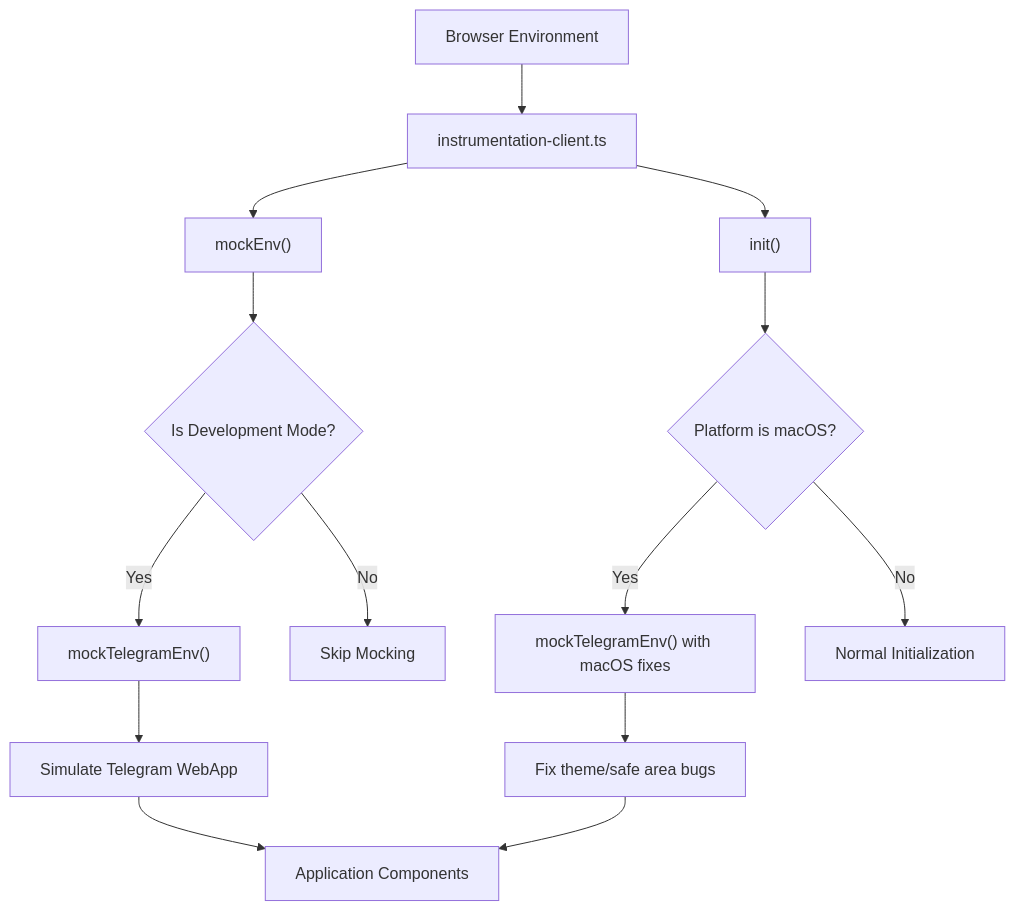
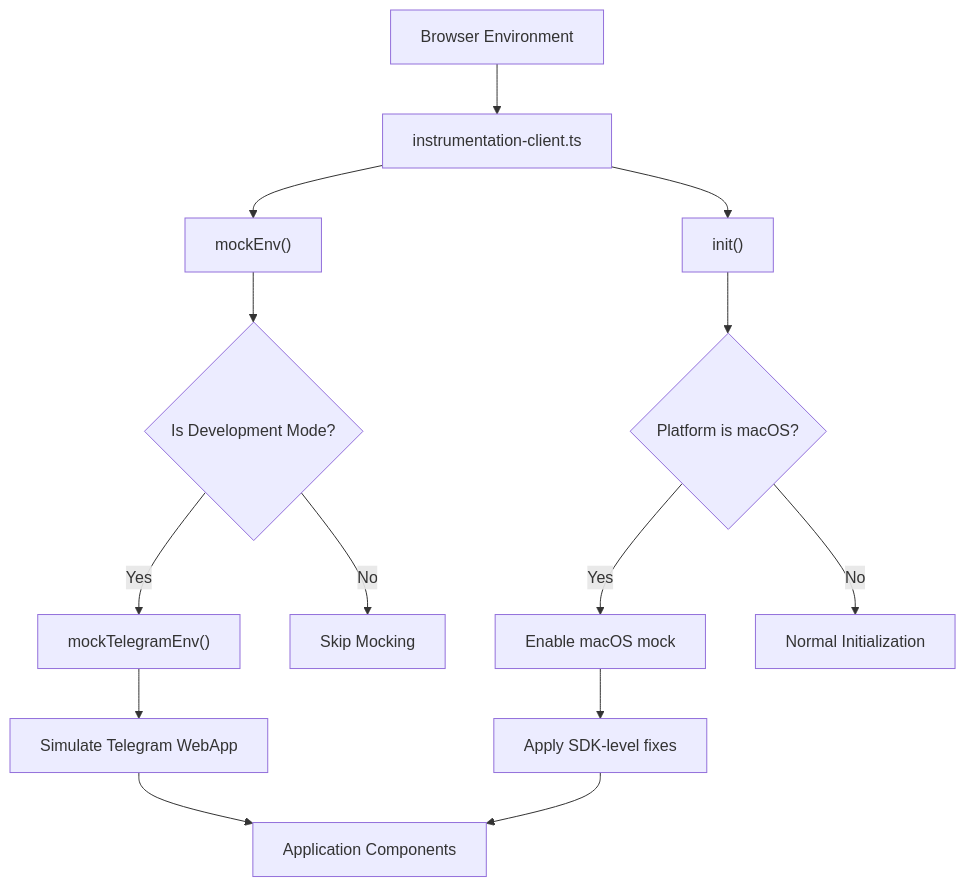
Before and after one commit to Miaterio/Passion-bot-2: the first of 2 diagrams in .qoder/repowiki/en/content/Core Architecture/Environment Mocking.md, drawn with Mermaid. The commit also changed other lines of this file and 5 other files, not shown here.

````diff
--- a/.qoder/repowiki/en/content/Core Architecture/Environment Mocking.md
+++ b/.qoder/repowiki/en/content/Core Architecture/Environment Mocking.md
@@ -37,16 +47,16 @@
 ```mermaid
 graph TD
 A["Browser Environment"] --> B["instrumentation-client.ts"]
 B --> C["mockEnv()"]
 B --> D["init()"]
 C --> E{"Is Development Mode?"}
 E --> |Yes| F["mockTelegramEnv()"]
 E --> |No| G["Skip Mocking"]
 D --> H{"Platform is macOS?"}
-H --> |Yes| I["mockTelegramEnv() with macOS fixes"]
+H --> |Yes| I["Enable macOS mock"]
 H --> |No| J["Normal Initialization"]
 F --> K["Simulate Telegram WebApp"]
-I --> L["Fix theme/safe area bugs"]
+I --> L["Apply SDK-level fixes"]
 K --> M["Application Components"]
 L --> M
 ```
````
